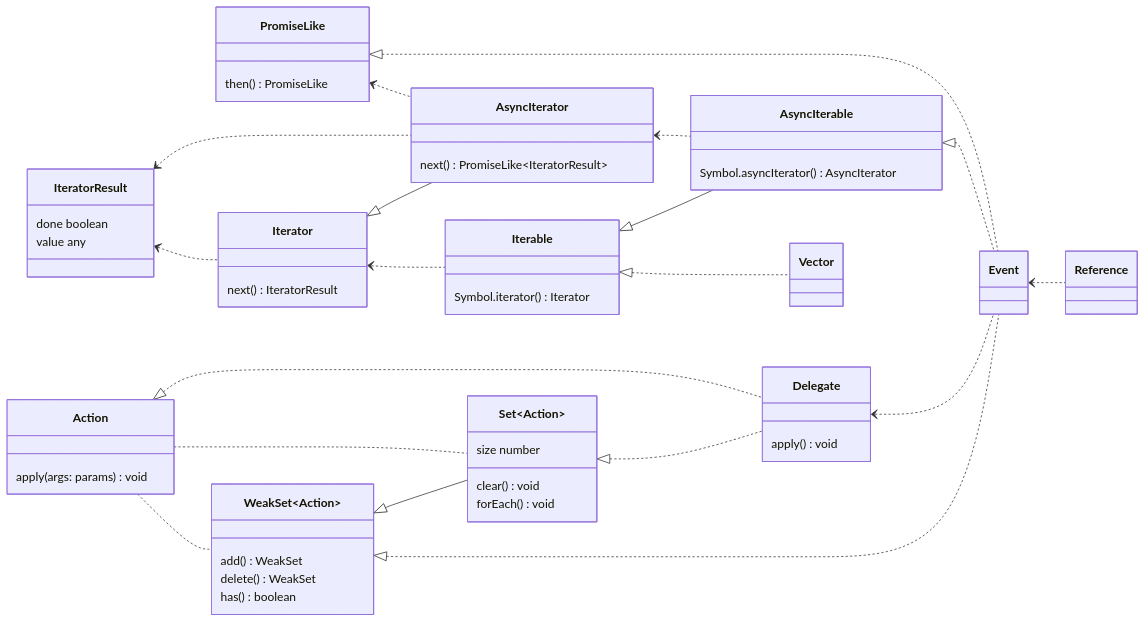
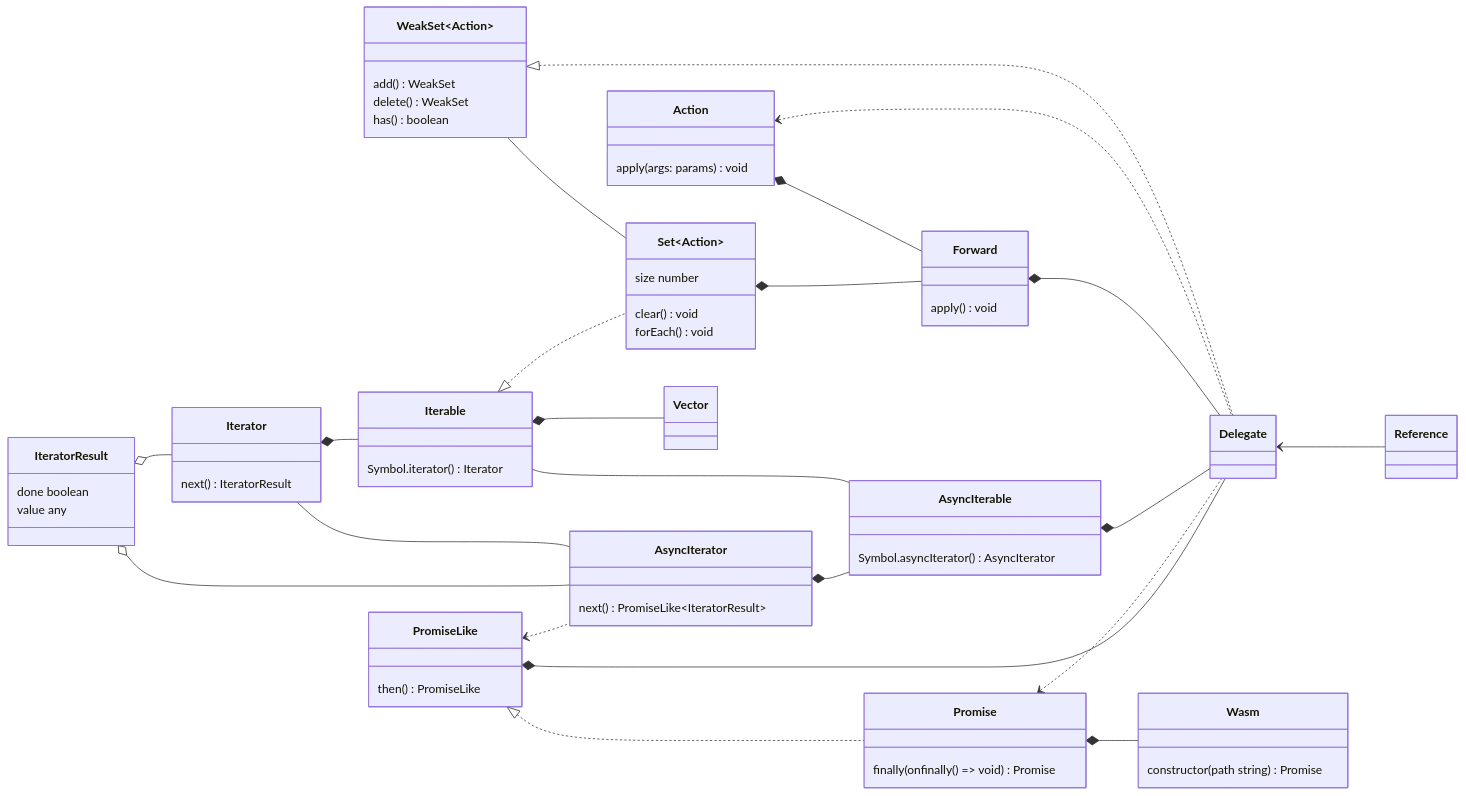
Before and after one commit to domrally/peekeasy: the sixth of 6 diagrams in README.md, drawn with Mermaid. The commit also changed other lines of this file and 40 other files, not shown here.

````diff
--- a/README.md
+++ b/README.md
@@ -207,62 +245,75 @@
 ```mermaid
 classDiagram
     direction LR
-    PromiseLike <|.. Event
+    PromiseLike <|.. Promise
+    PromiseLike *-- Delegate
+    Promise *-- Wasm
+    Promise <.. Delegate
     PromiseLike <.. AsyncIterator
-    IteratorResult <.. AsyncIterator
-    Iterator <|-- AsyncIterator
-    AsyncIterator <.. AsyncIterable
-    Iterable <|-- AsyncIterable
-    AsyncIterable <|.. Event
-    IteratorResult <.. Iterator
-    Iterator <.. Iterable
-    Iterable <|.. Vector
-    Delegate <.. Event
-    Action <|.. Delegate
-    Set~Action~ <|.. Delegate
-    Action .. Set~Action~
-    WeakSet~Action~ <|-- Set~Action~
-    WeakSet~Action~ <|.. Event
-    Action .. WeakSet~Action~
-    Event <.. Reference
+    IteratorResult o-- AsyncIterator
+    Iterator -- AsyncIterator
+    AsyncIterator *-- AsyncIterable
+    Iterable -- AsyncIterable
+    AsyncIterable *-- Delegate
+    IteratorResult o-- Iterator
+    Iterator *-- Iterable
+    Iterable <|.. Set~Action~
+    Forward *-- Delegate
+    Action <.. Delegate
+    Set~Action~ *-- Forward
+    Action *-- Forward
+    WeakSet~Action~ -- Set~Action~
+    WeakSet~Action~ <|.. Delegate
+    Delegate <-- Reference
+    Iterable *-- Vector
     class IteratorResult {
         done boolean
         value any
     }
     class AsyncIterable {
         Symbol.asyncIterator() AsyncIterator
     }
     class Iterable {
         Symbol.iterator() Iterator
     }
     class Iterator {
         next() IteratorResult
     }
     class AsyncIterator {
         next() PromiseLike~IteratorResult~
     }
     class PromiseLike {
         then() PromiseLike
     }
+    class Promise {
+        finally(onfinally () => void) Promise
+    }
+    class Wasm {
+        constructor(path string) Promise
+    }
+    link Wasm "https://github.com/domrally/peekeasy/blob/main/src/wasm.ts" "wasm.ts"
     class WeakSet {
         add() WeakSet
         delete() WeakSet
         has() boolean
     }
     class Set {
         size number
         clear() void
         forEach() void
     }
     class Action {
         apply(args: params) void
     }
-    class Delegate {
+	 link Action "https://github.com/domrally/peekeasy/blob/main/src/action.ts" "action.ts"
+    class Forward {
         apply() void
     }
+    link Forward "https://github.com/domrally/peekeasy/blob/main/src/forward.ts" "forward.ts"
+    class Delegate
     link Delegate "https://github.com/domrally/peekeasy/blob/main/src/delegate.ts" "delegate.ts"
-    class Event
-    link Event "https://github.com/domrally/peekeasy/blob/main/src/event.ts" "event.ts"
     class Vector
     link Vector "https://github.com/domrally/peekeasy/blob/main/src/vector.ts" "vector.ts"
+	 class Reference
+	 link Reference "https://github.com/domrally/peekeasy/blob/main/src/reference.ts" "reference.ts"
 ```
````
